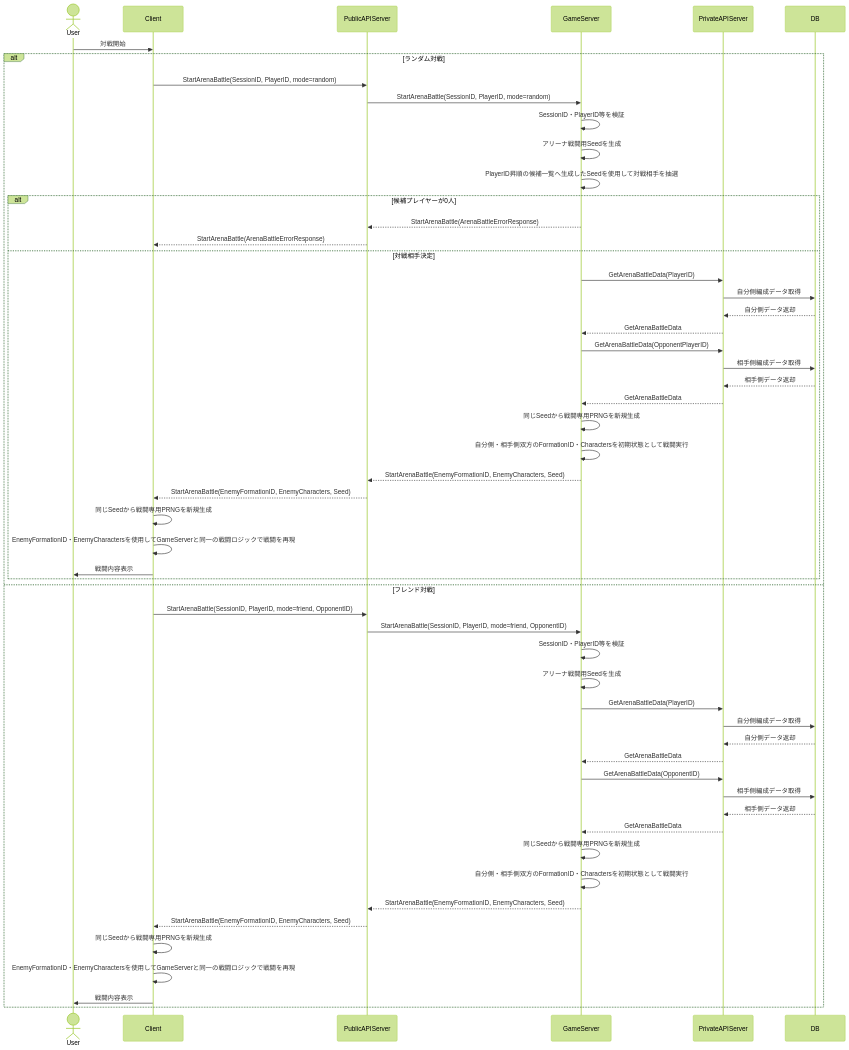
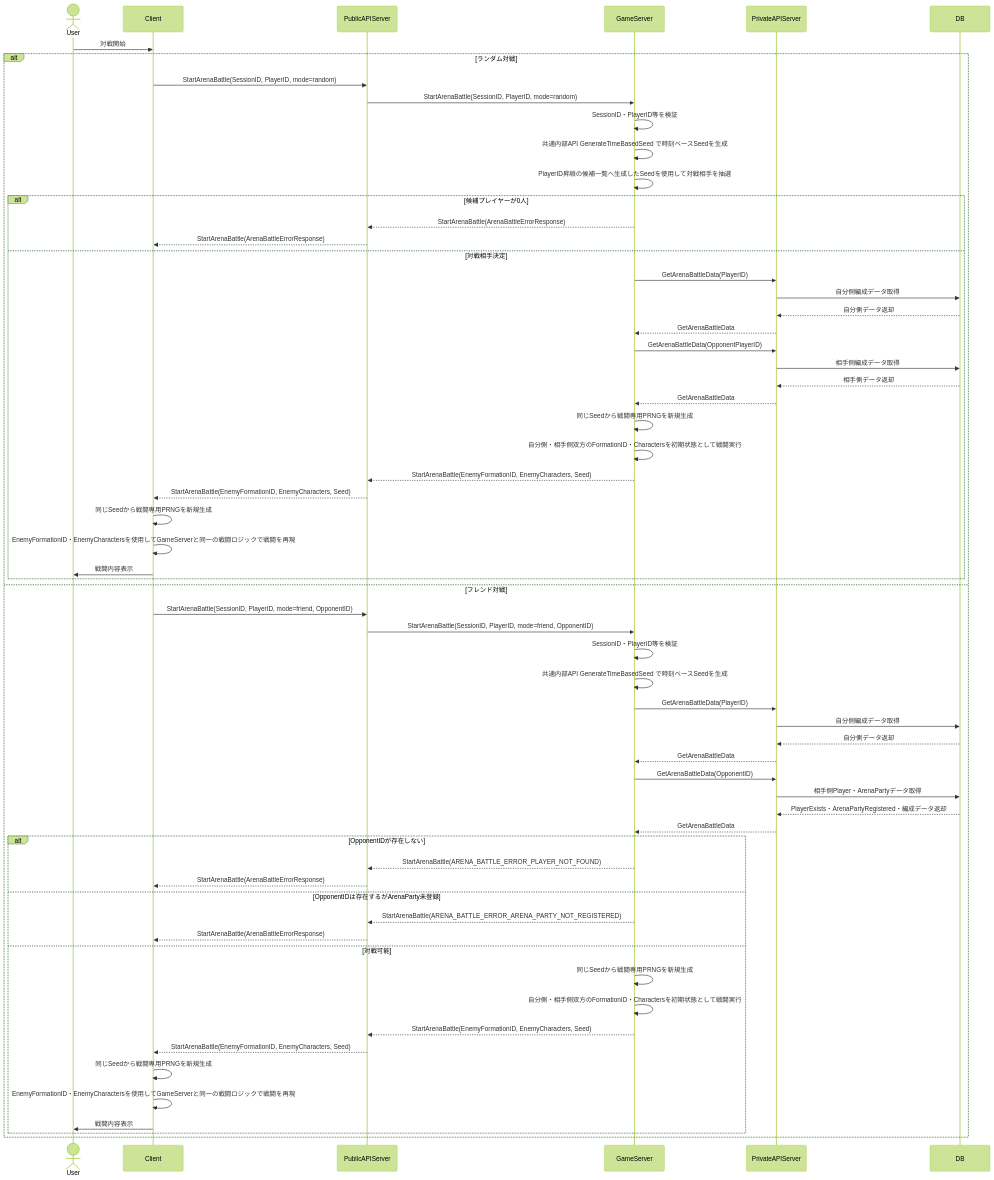
Before and after one commit to ReHydrangeaOdyssey/Specifications: the third of 3 diagrams in design/arina.md, drawn with Mermaid (forest theme). The commit also changed other lines of this file and 23 other files, not shown here.

````diff
--- a/design/arina.md
+++ b/design/arina.md
@@ -56,59 +56,67 @@
 ```mermaid
 sequenceDiagram
     actor User
     participant Client
     participant PublicAPIServer
     participant GameServer
     participant PrivateAPIServer
     participant DB
 
     User->>Client: 対戦開始
 
     alt ランダム対戦
         Client->>PublicAPIServer: StartArenaBattle(SessionID, PlayerID, mode=random)
         PublicAPIServer->>GameServer: StartArenaBattle(SessionID, PlayerID, mode=random)
         GameServer->>GameServer: SessionID・PlayerID等を検証
-        GameServer->>GameServer: アリーナ戦闘用Seedを生成
+        GameServer->>GameServer: 共通内部API GenerateTimeBasedSeed で時刻ベースSeedを生成
         GameServer->>GameServer: PlayerID昇順の候補一覧へ生成したSeedを使用して対戦相手を抽選
         alt 候補プレイヤーが0人
             GameServer-->>PublicAPIServer: StartArenaBattle(ArenaBattleErrorResponse)
             PublicAPIServer-->>Client: StartArenaBattle(ArenaBattleErrorResponse)
         else 対戦相手決定
             GameServer->>PrivateAPIServer: GetArenaBattleData(PlayerID)
             PrivateAPIServer->>DB: 自分側編成データ取得
             DB-->>PrivateAPIServer: 自分側データ返却
             PrivateAPIServer-->>GameServer: GetArenaBattleData
             GameServer->>PrivateAPIServer: GetArenaBattleData(OpponentPlayerID)
             PrivateAPIServer->>DB: 相手側編成データ取得
             DB-->>PrivateAPIServer: 相手側データ返却
             PrivateAPIServer-->>GameServer: GetArenaBattleData
             GameServer->>GameServer: 同じSeedから戦闘専用PRNGを新規生成
             GameServer->>GameServer: 自分側・相手側双方のFormationID・Charactersを初期状態として戦闘実行
             GameServer-->>PublicAPIServer: StartArenaBattle(EnemyFormationID, EnemyCharacters, Seed)
             PublicAPIServer-->>Client: StartArenaBattle(EnemyFormationID, EnemyCharacters, Seed)
             Client->>Client: 同じSeedから戦闘専用PRNGを新規生成
             Client->>Client: EnemyFormationID・EnemyCharactersを使用してGameServerと同一の戦闘ロジックで戦闘を再現
             Client->>User: 戦闘内容表示
         end
     else フレンド対戦
         Client->>PublicAPIServer: StartArenaBattle(SessionID, PlayerID, mode=friend, OpponentID)
         PublicAPIServer->>GameServer: StartArenaBattle(SessionID, PlayerID, mode=friend, OpponentID)
         GameServer->>GameServer: SessionID・PlayerID等を検証
-        GameServer->>GameServer: アリーナ戦闘用Seedを生成
+        GameServer->>GameServer: 共通内部API GenerateTimeBasedSeed で時刻ベースSeedを生成
         GameServer->>PrivateAPIServer: GetArenaBattleData(PlayerID)
         PrivateAPIServer->>DB: 自分側編成データ取得
         DB-->>PrivateAPIServer: 自分側データ返却
         PrivateAPIServer-->>GameServer: GetArenaBattleData
         GameServer->>PrivateAPIServer: GetArenaBattleData(OpponentID)
-        PrivateAPIServer->>DB: 相手側編成データ取得
-        DB-->>PrivateAPIServer: 相手側データ返却
+        PrivateAPIServer->>DB: 相手側Player・ArenaPartyデータ取得
+        DB-->>PrivateAPIServer: PlayerExists・ArenaPartyRegistered・編成データ返却
         PrivateAPIServer-->>GameServer: GetArenaBattleData
-        GameServer->>GameServer: 同じSeedから戦闘専用PRNGを新規生成
-        GameServer->>GameServer: 自分側・相手側双方のFormationID・Charactersを初期状態として戦闘実行
-        GameServer-->>PublicAPIServer: StartArenaBattle(EnemyFormationID, EnemyCharacters, Seed)
-        PublicAPIServer-->>Client: StartArenaBattle(EnemyFormationID, EnemyCharacters, Seed)
-        Client->>Client: 同じSeedから戦闘専用PRNGを新規生成
-        Client->>Client: EnemyFormationID・EnemyCharactersを使用してGameServerと同一の戦闘ロジックで戦闘を再現
-        Client->>User: 戦闘内容表示
+        alt OpponentIDが存在しない
+            GameServer-->>PublicAPIServer: StartArenaBattle(ARENA_BATTLE_ERROR_PLAYER_NOT_FOUND)
+            PublicAPIServer-->>Client: StartArenaBattle(ArenaBattleErrorResponse)
+        else OpponentIDは存在するがArenaParty未登録
+            GameServer-->>PublicAPIServer: StartArenaBattle(ARENA_BATTLE_ERROR_ARENA_PARTY_NOT_REGISTERED)
+            PublicAPIServer-->>Client: StartArenaBattle(ArenaBattleErrorResponse)
+        else 対戦可能
+            GameServer->>GameServer: 同じSeedから戦闘専用PRNGを新規生成
+            GameServer->>GameServer: 自分側・相手側双方のFormationID・Charactersを初期状態として戦闘実行
+            GameServer-->>PublicAPIServer: StartArenaBattle(EnemyFormationID, EnemyCharacters, Seed)
+            PublicAPIServer-->>Client: StartArenaBattle(EnemyFormationID, EnemyCharacters, Seed)
+            Client->>Client: 同じSeedから戦闘専用PRNGを新規生成
+            Client->>Client: EnemyFormationID・EnemyCharactersを使用してGameServerと同一の戦闘ロジックで戦闘を再現
+            Client->>User: 戦闘内容表示
+        end
     end
 ```
````
